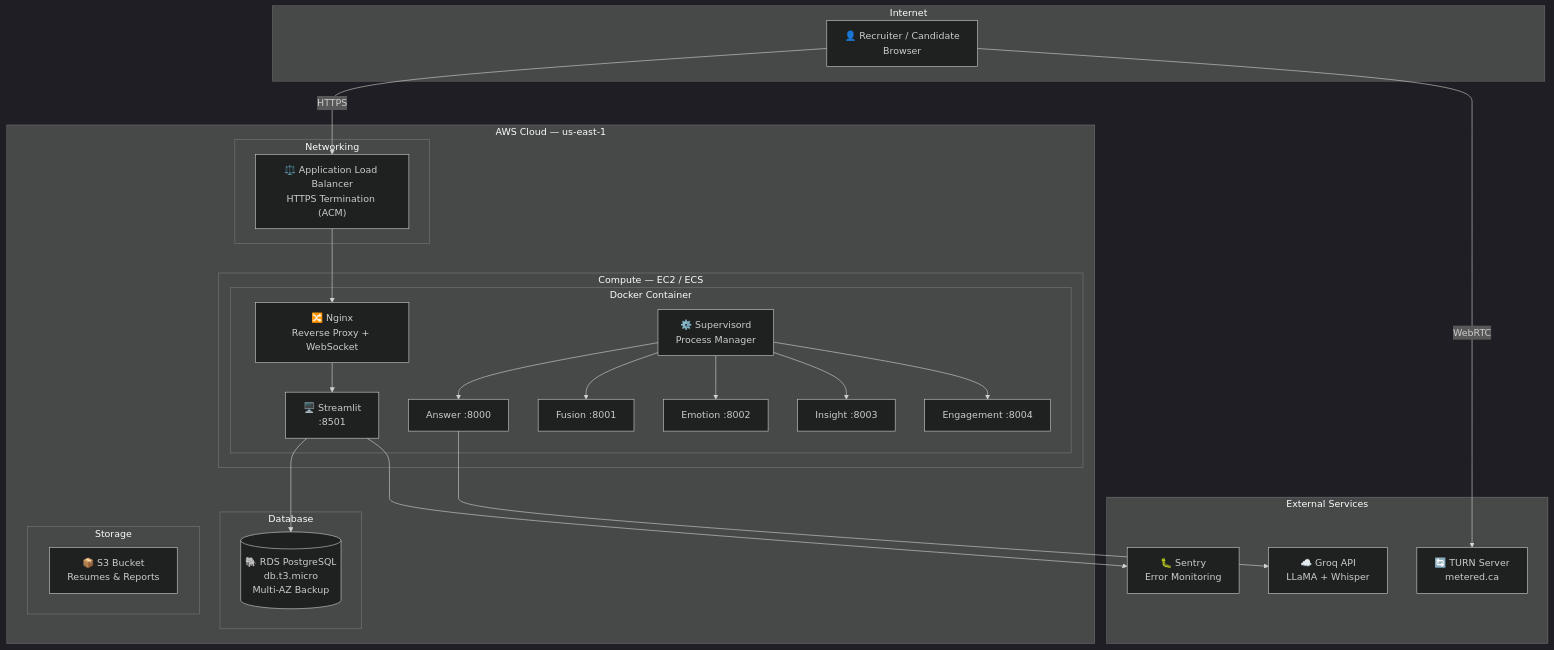
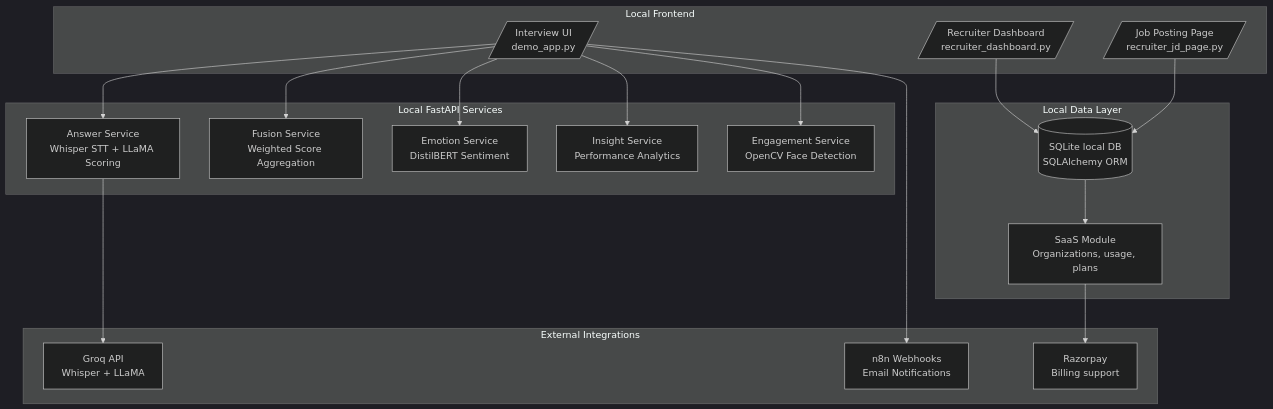
The second of 5 diagrams in README.md (Hitan547/ai-behavioral-interviewer-proctoring), drawn with Mermaid (dark theme) before and after one commit. The commit also changed other lines of this file and 59 other files, not shown here.

````diff
--- a/README.md
+++ b/README.md
@@ -89,48 +213,35 @@
 ```mermaid
 graph TB
-    subgraph "Internet"
-        USER["👤 Recruiter / Candidate<br/>Browser"]
+    subgraph "Local Frontend"
+        UI[/"Interview UI<br/>demo_app.py"/]
+        RD[/"Recruiter Dashboard<br/>recruiter_dashboard.py"/]
+        JD[/"Job Posting Page<br/>recruiter_jd_page.py"/]
     end
 
-    subgraph "AWS Cloud — us-east-1"
-        subgraph "Networking"
-            ALB["⚖️ Application Load Balancer<br/>HTTPS Termination (ACM)"]
-        end
-
-        subgraph "Compute — EC2 / ECS"
-            subgraph "Docker Container"
-                NGINX["🔀 Nginx<br/>Reverse Proxy + WebSocket"]
-                ST["🖥️ Streamlit<br/>:8501"]
-                SV["⚙️ Supervisord<br/>Process Manager"]
-                MS1["Answer :8000"]
-                MS2["Fusion :8001"]
-                MS3["Emotion :8002"]
-                MS4["Insight :8003"]
-                MS5["Engagement :8004"]
-            end
-        end
-
-        subgraph "Database"
-            RDS[("🐘 RDS PostgreSQL<br/>db.t3.micro<br/>Multi-AZ Backup")]
-        end
-
-        subgraph "Storage"
-            S3["📦 S3 Bucket<br/>Resumes & Reports"]
-        end
+    subgraph "Local FastAPI Services"
+        AS["Answer Service<br/>Whisper STT + LLaMA Scoring"]
+        FS["Fusion Service<br/>Weighted Score Aggregation"]
+        ES["Emotion Service<br/>DistilBERT Sentiment"]
+        IS["Insight Service<br/>Performance Analytics"]
+        ENG["Engagement Service<br/>OpenCV Face Detection"]
     end
 
-    subgraph "External Services"
-        GROQ2["☁️ Groq API<br/>LLaMA + Whisper"]
-        TURN["🔄 TURN Server<br/>metered.ca"]
-        SENTRY["🐛 Sentry<br/>Error Monitoring"]
+    subgraph "Local Data Layer"
+        DB[("SQLite local DB<br/>SQLAlchemy ORM")]
+        SAAS["SaaS Module<br/>Organizations, usage, plans"]
     end
 
-    USER -->|HTTPS| ALB
-    ALB --> NGINX
-    NGINX --> ST
-    SV --> MS1 & MS2 & MS3 & MS4 & MS5
-    ST --> RDS
-    MS1 --> GROQ2
-    USER -->|WebRTC| TURN
-    ST --> SENTRY
+    subgraph "External Integrations"
+        GROQ_LOCAL["Groq API<br/>Whisper + LLaMA"]
+        N8N_LOCAL["n8n Webhooks<br/>Email Notifications"]
+        RAZOR_LOCAL["Razorpay<br/>Billing support"]
+    end
+
+    UI --> AS & FS & ES & IS & ENG
+    RD --> DB
+    JD --> DB
+    AS --> GROQ_LOCAL
+    UI --> N8N_LOCAL
+    DB --> SAAS
+    SAAS --> RAZOR_LOCAL
 ```
````
